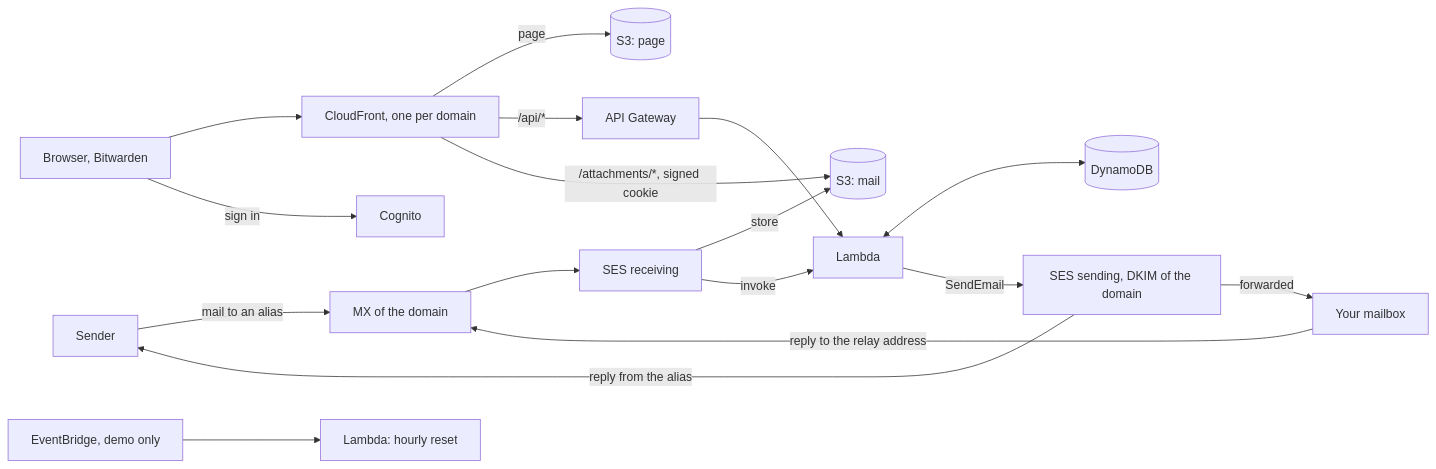
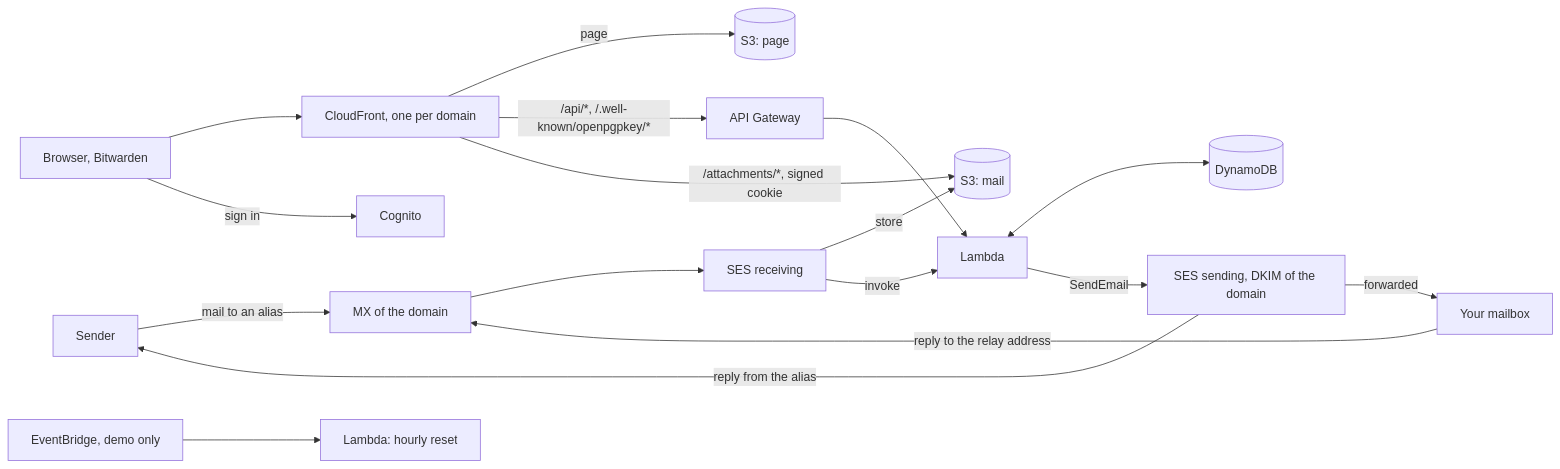
Before and after one commit to Tozapid/Hide-My-Email: the first of 2 diagrams in README.md, drawn with Mermaid. The commit also changed other lines of this file and 20 other files, not shown here.

````diff
--- a/README.md
+++ b/README.md
@@ -63,18 +64,18 @@
 ```mermaid
 flowchart LR
   X[Sender] -->|mail to an alias| MX[MX of the domain]
   Me[Your mailbox] -->|reply to the relay address| MX
   MX --> IN[SES receiving]
   IN -->|store| MAIL[(S3: mail)]
   IN -->|invoke| L[Lambda]
   L <--> DB[(DynamoDB)]
   L -->|SendEmail| OUT[SES sending, DKIM of the domain]
   OUT -->|forwarded| Me
   OUT -->|reply from the alias| X
   B[Browser, Bitwarden] --> CF[CloudFront, one per domain]
   CF -->|page| WEB[(S3: page)]
-  CF -->|/api/*| API[API Gateway] --> L
+  CF -->|/api/*, /.well-known/openpgpkey/*| API[API Gateway] --> L
   CF -->|/attachments/*, signed cookie| MAIL
   B -->|sign in| COG[Cognito]
   EB[EventBridge, demo only] --> R[Lambda: hourly reset]
 ```
````
